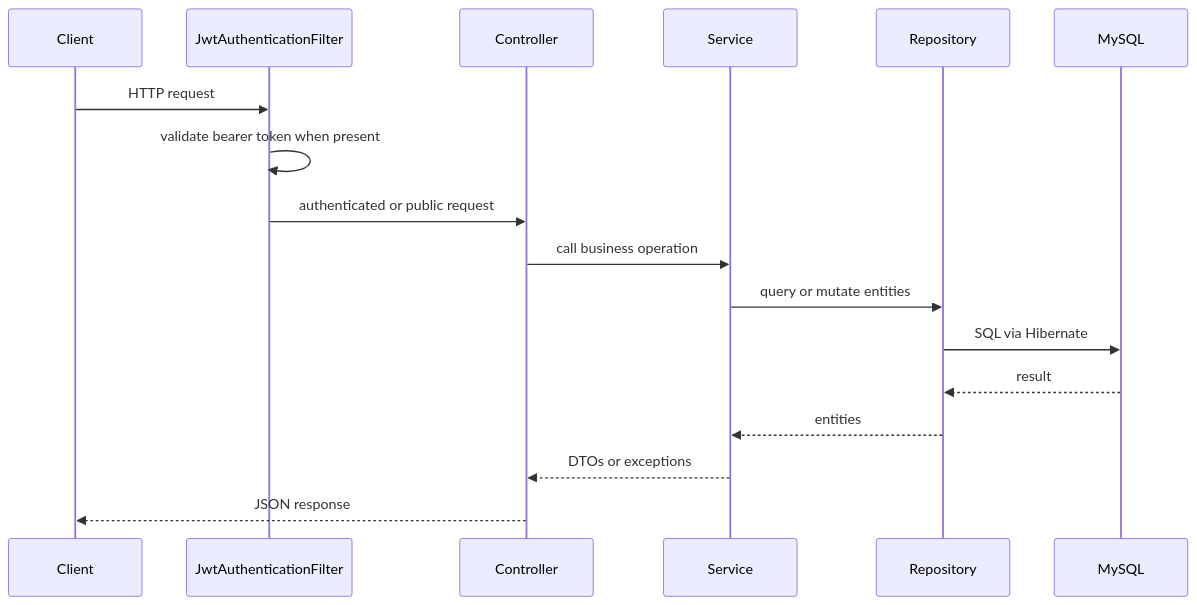
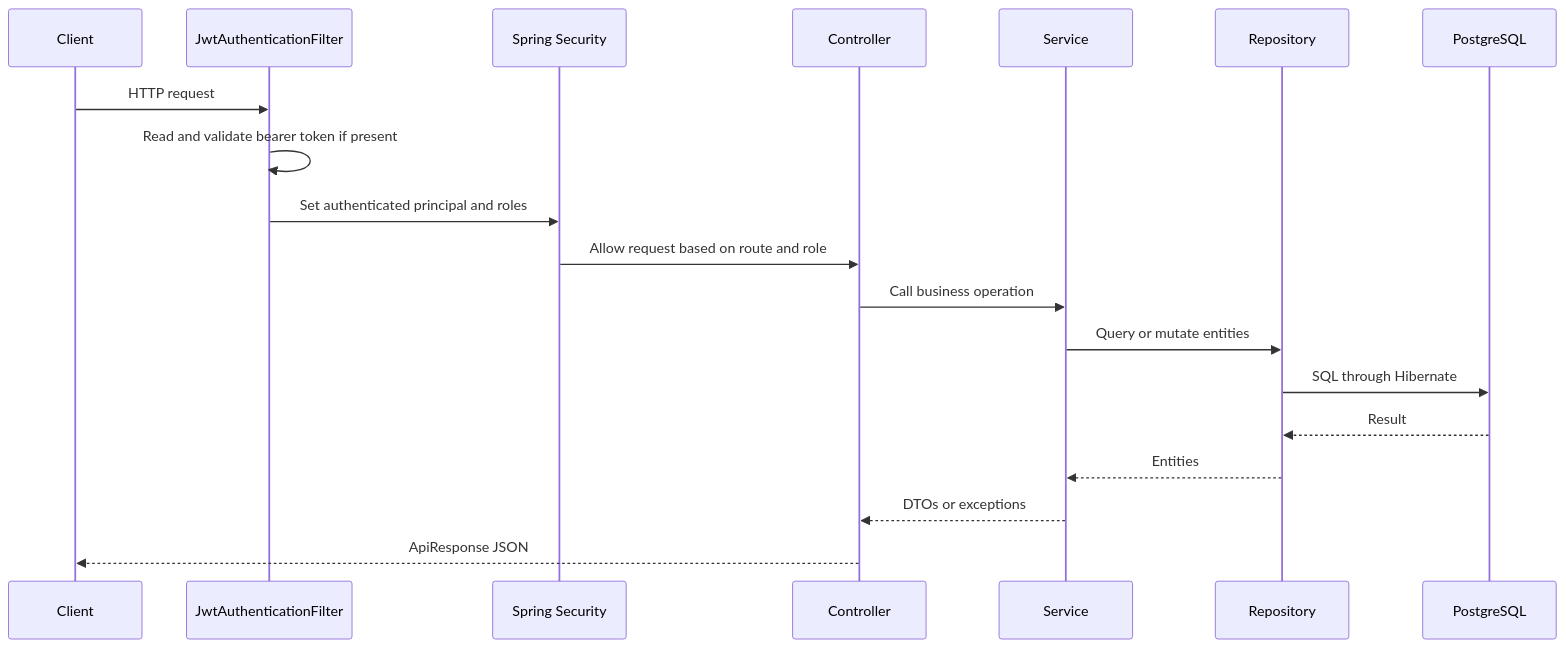
The diagram in docs/ARCHITECTURE.md (yuneshbyte01/hamro-chalchitraghar-backend), drawn with Mermaid before and after one commit. The commit also changed other lines of this file and 12 other files, not shown here.

````diff
--- a/docs/ARCHITECTURE.md
+++ b/docs/ARCHITECTURE.md
@@ -90,20 +52,22 @@
 ```mermaid
 sequenceDiagram
     participant Client
-    participant Filter as JwtAuthenticationFilter
+    participant JwtFilter as JwtAuthenticationFilter
+    participant Security as Spring Security
     participant Controller
     participant Service
     participant Repository
-    participant DB as MySQL
+    participant DB as PostgreSQL
 
-    Client->>Filter: HTTP request
-    Filter->>Filter: validate bearer token when present
-    Filter->>Controller: authenticated or public request
-    Controller->>Service: call business operation
-    Service->>Repository: query or mutate entities
-    Repository->>DB: SQL via Hibernate
-    DB-->>Repository: result
-    Repository-->>Service: entities
+    Client->>JwtFilter: HTTP request
+    JwtFilter->>JwtFilter: Read and validate bearer token if present
+    JwtFilter->>Security: Set authenticated principal and roles
+    Security->>Controller: Allow request based on route and role
+    Controller->>Service: Call business operation
+    Service->>Repository: Query or mutate entities
+    Repository->>DB: SQL through Hibernate
+    DB-->>Repository: Result
+    Repository-->>Service: Entities
     Service-->>Controller: DTOs or exceptions
-    Controller-->>Client: JSON response
+    Controller-->>Client: ApiResponse JSON
 ```
````
